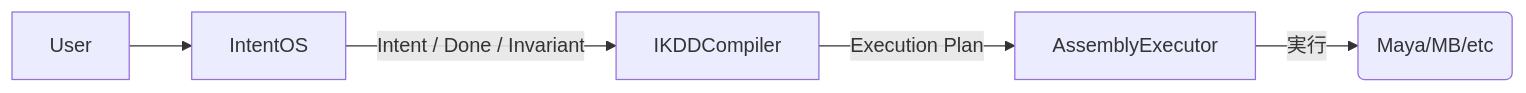
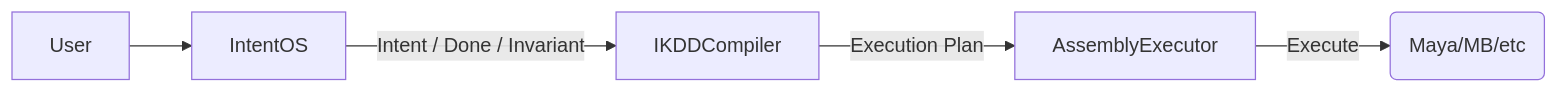
The second of 2 diagrams in docs/IKDD_Whitepaper.md (pikovolt/IKDD_Runtime), drawn with Mermaid before and after one commit. The commit also changed other lines of this file and 17 other files, not shown here.

````diff
--- a/docs/IKDD_Whitepaper.md
+++ b/docs/IKDD_Whitepaper.md
@@ -129,7 +129,7 @@
 ```mermaid
 flowchart LR
     User --> IntentOS
     IntentOS -->|Intent / Done / Invariant| IKDDCompiler
     IKDDCompiler -->|Execution Plan| AssemblyExecutor
-    AssemblyExecutor -->|実行| DCC(Maya/MB/etc)
+    AssemblyExecutor -->|Execute| DCC(Maya/MB/etc)
 ```
````
